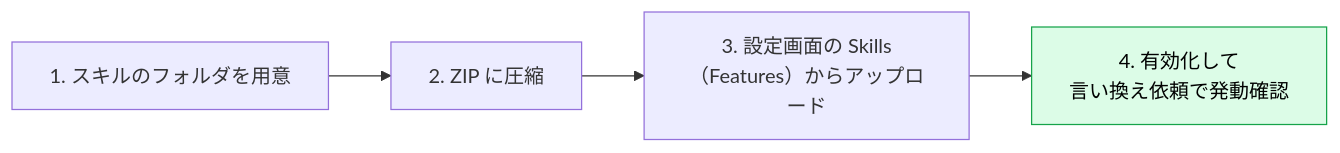
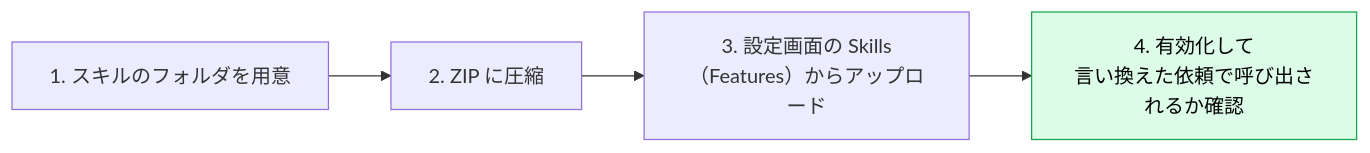
One commit to takuma39/ai changed the diagram in contents/24_skills/07_distribution.md. Above: the diagram before and after it, drawn with Mermaid. The commit also changed other lines of this file and 26 other files, not shown here.

First line of the commit message:
Add Mermaid configuration and skills guide PDF

````diff
--- a/contents/24_skills/07_distribution.md
+++ b/contents/24_skills/07_distribution.md
@@ -52,8 +52,8 @@
 ```mermaid
 flowchart LR
     A["1. スキルのフォルダを用意"] --> B["2. ZIP に圧縮"]
     B --> C["3. 設定画面の Skills<br/>（Features）からアップロード"]
-    C --> D["4. 有効化して<br/>言い換え依頼で発動確認"]
+    C --> D["4. 有効化して<br/>言い換えた依頼で呼び出されるか確認"]
 
     style D fill:#dcfce7,stroke:#16a34a,color:#000
 ```
````
